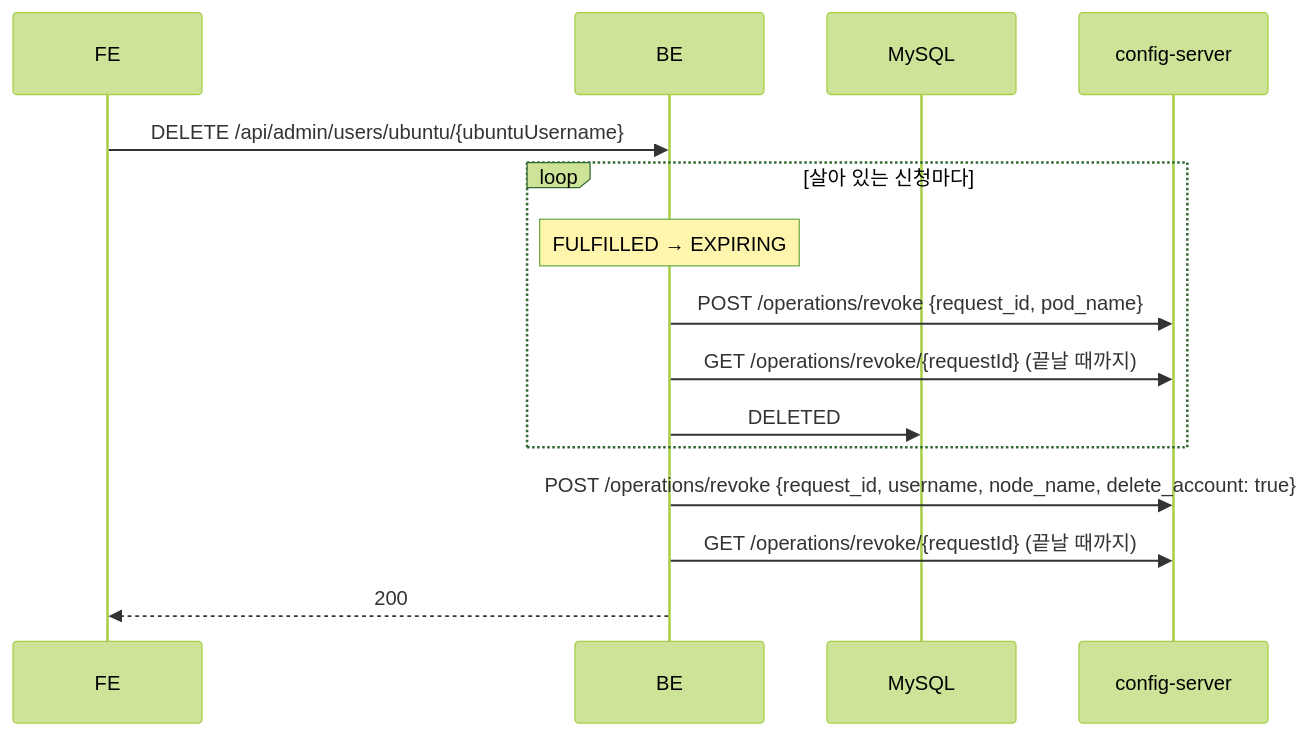
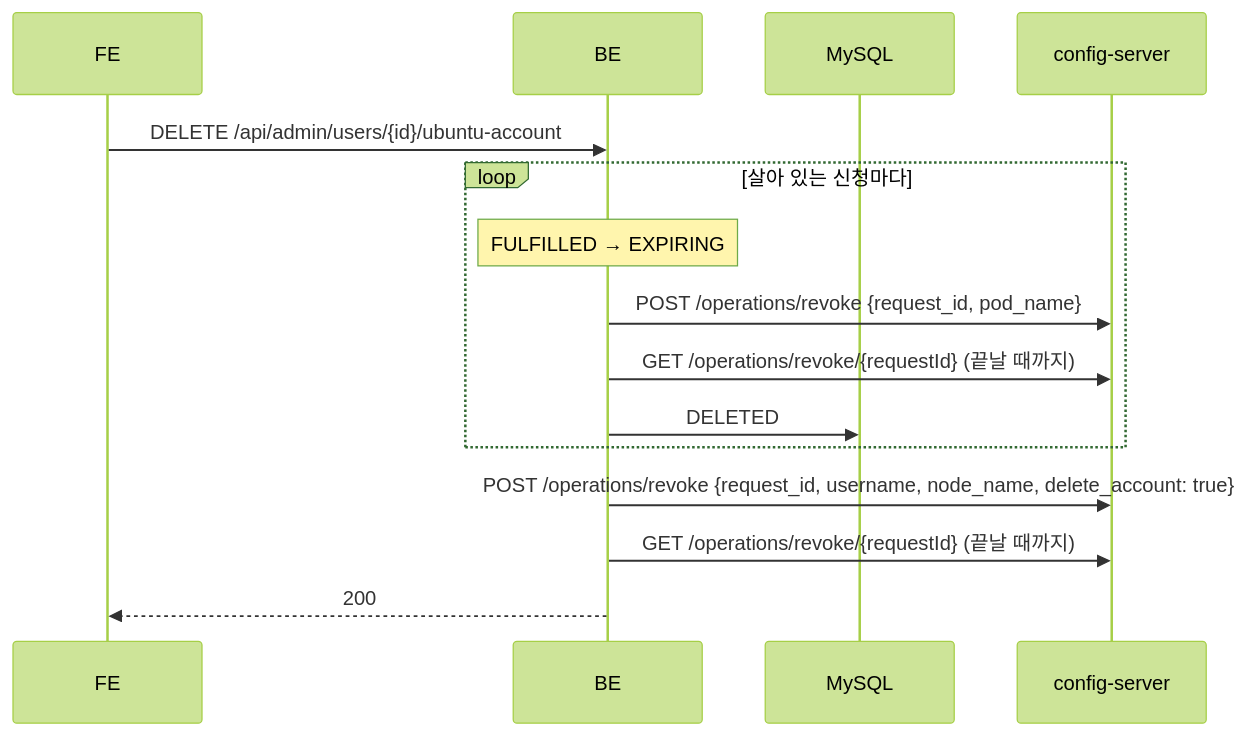
The ninth of 16 diagrams in md/backend/시스템-아키텍처.md (CSID-DGU/admin_wiki), drawn with Mermaid (forest theme) before and after one commit. The commit also changed other lines of this file and 4 other files, not shown here.

````diff
--- a/md/backend/시스템-아키텍처.md
+++ b/md/backend/시스템-아키텍처.md
@@ -180,18 +207,18 @@
 ```mermaid
 sequenceDiagram
     participant FE as FE
     participant BE as BE
     participant MySQL as MySQL
     participant Infra as config-server
 
-    FE->>BE: DELETE /api/admin/users/ubuntu/{ubuntuUsername}
+    FE->>BE: DELETE /api/admin/users/{id}/ubuntu-account
     loop 살아 있는 신청마다
         Note over BE: FULFILLED → EXPIRING
         BE->>Infra: POST /operations/revoke {request_id, pod_name}
         BE->>Infra: GET /operations/revoke/{requestId} (끝날 때까지)
         BE->>MySQL: DELETED
     end
     BE->>Infra: POST /operations/revoke {request_id, username, node_name, delete_account: true}
     BE->>Infra: GET /operations/revoke/{requestId} (끝날 때까지)
     BE-->>FE: 200
 ```
````
